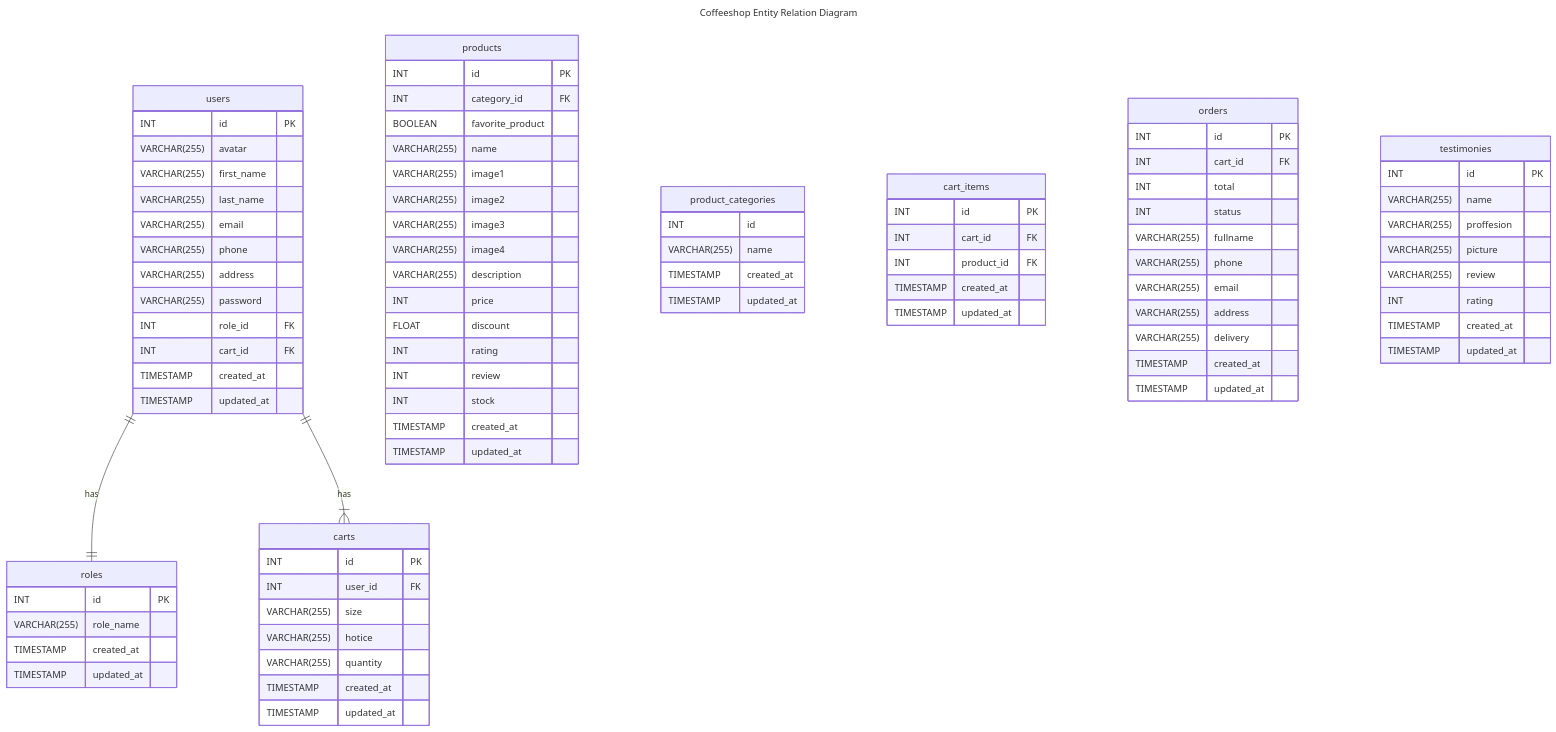
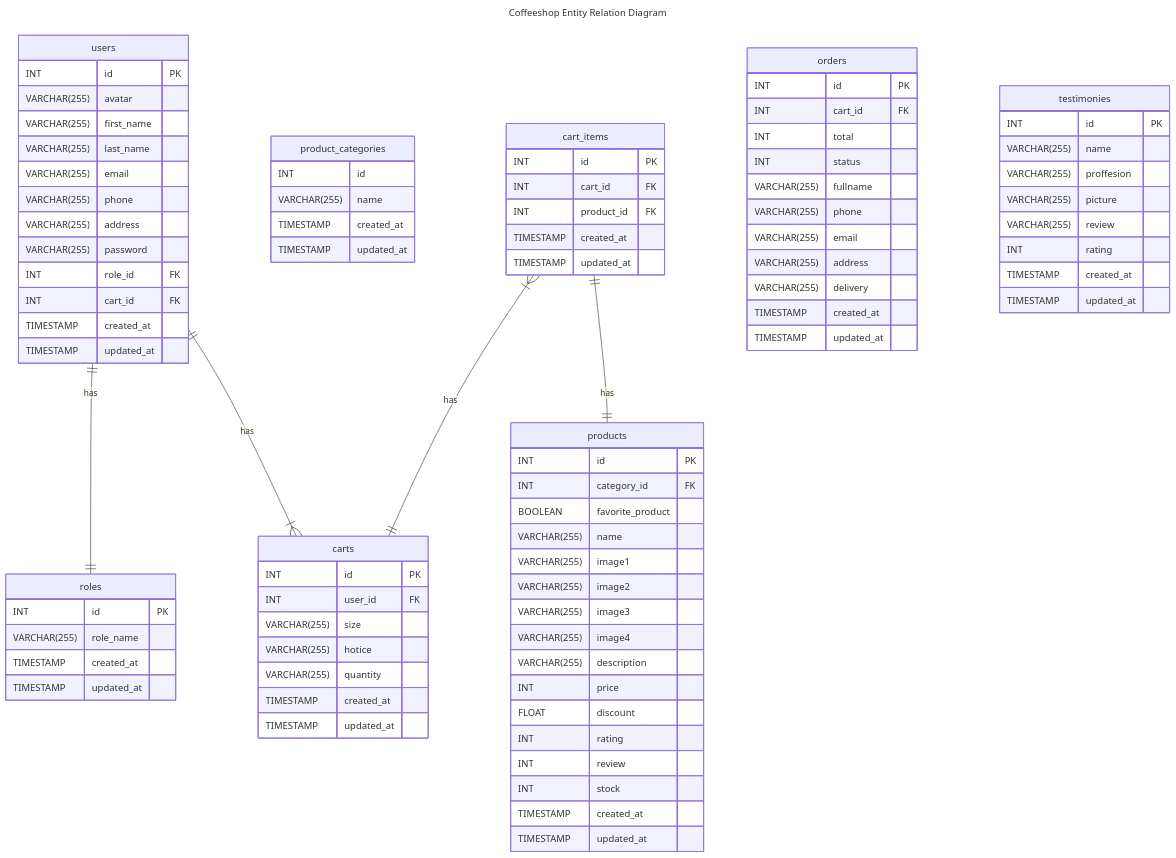
One commit to rezafauzan/koda-b6-db changed the diagram in readme.md. Above: the diagram before and after it, drawn with Mermaid.

Commit message:
Feat: add carts and cart_items entity relations

````diff
--- a/readme.md
+++ b/readme.md
@@ -98,4 +98,6 @@
 
     users only one to only one roles : has
     users only one to one or more carts : has
+    cart_items one or more to only one carts : has
+    cart_items only one to only one products : has
 ```
````
